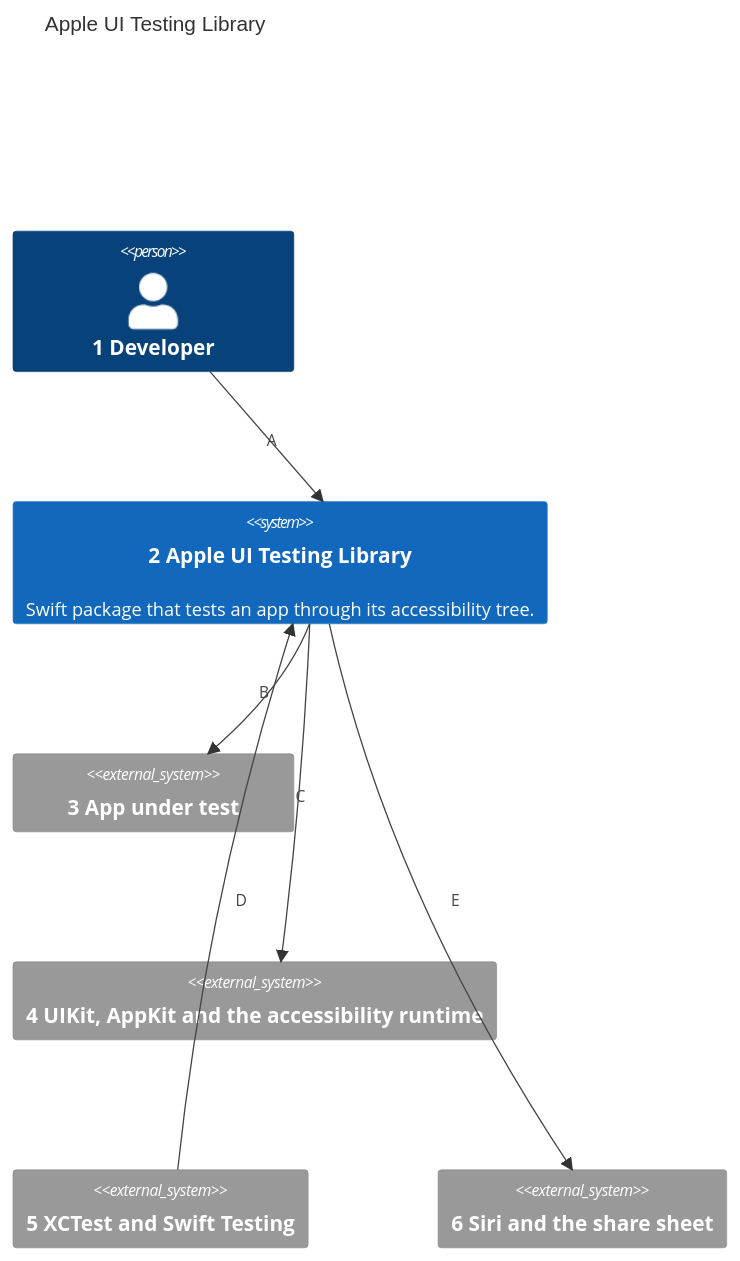
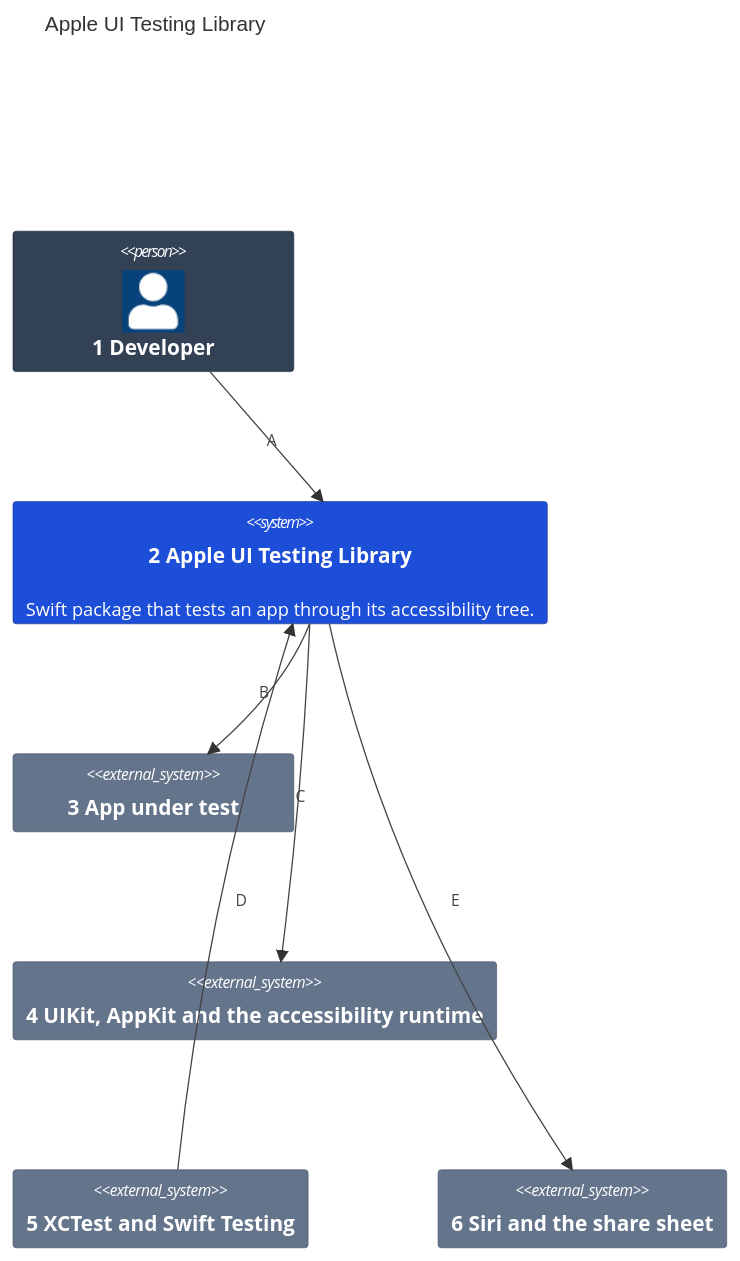
Before and after one commit to may-journal/apple-ui-testing-library: the first of 2 diagrams in docs/architecture/01-system-context.md, drawn with Mermaid. The commit also changed other lines of this file and 7 other files, not shown here.

First line of the commit message:
docs(architecture): draw each view in the form and palette of its level (#107)

````diff
--- a/docs/architecture/01-system-context.md
+++ b/docs/architecture/01-system-context.md
@@ -7,17 +7,24 @@
 ```mermaid
 C4Context
     title Apple UI Testing Library
 
     Person(dev, "1 Developer")
     System(lib, "2 Apple UI Testing Library", "Swift package that tests an app through its accessibility tree.")
     System_Ext(app, "3 App under test")
     System_Ext(runtime, "4 UIKit, AppKit and the accessibility runtime")
     System_Ext(runner, "5 XCTest and Swift Testing")
     System_Ext(system, "6 Siri and the share sheet")
 
     Rel(dev, lib, "A")
     Rel(lib, app, "B")
     Rel(lib, runtime, "C")
     Rel(runner, lib, "D")
     Rel(lib, system, "E")
+
+    UpdateElementStyle(dev, $bgColor="#334155", $borderColor="#1e293b", $fontColor="#ffffff")
+    UpdateElementStyle(lib, $bgColor="#1d4ed8", $borderColor="#1e3a8a", $fontColor="#ffffff")
+    UpdateElementStyle(app, $bgColor="#64748b", $borderColor="#475569", $fontColor="#ffffff")
+    UpdateElementStyle(runtime, $bgColor="#64748b", $borderColor="#475569", $fontColor="#ffffff")
+    UpdateElementStyle(runner, $bgColor="#64748b", $borderColor="#475569", $fontColor="#ffffff")
+    UpdateElementStyle(system, $bgColor="#64748b", $borderColor="#475569", $fontColor="#ffffff")
 ```
````
